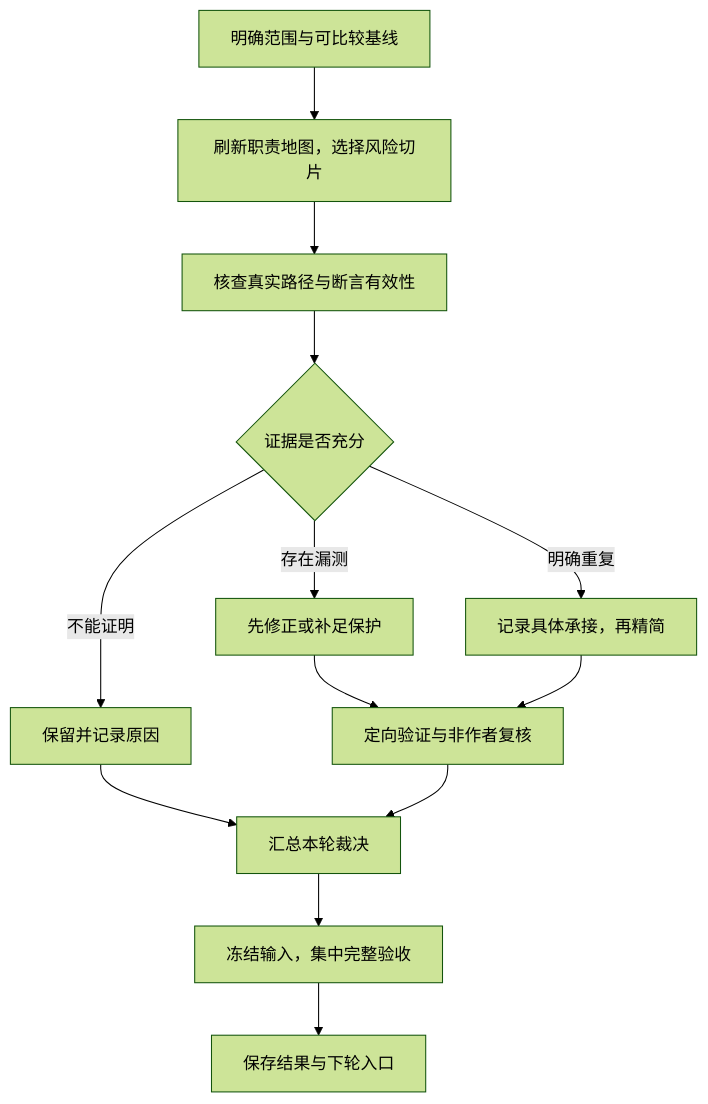
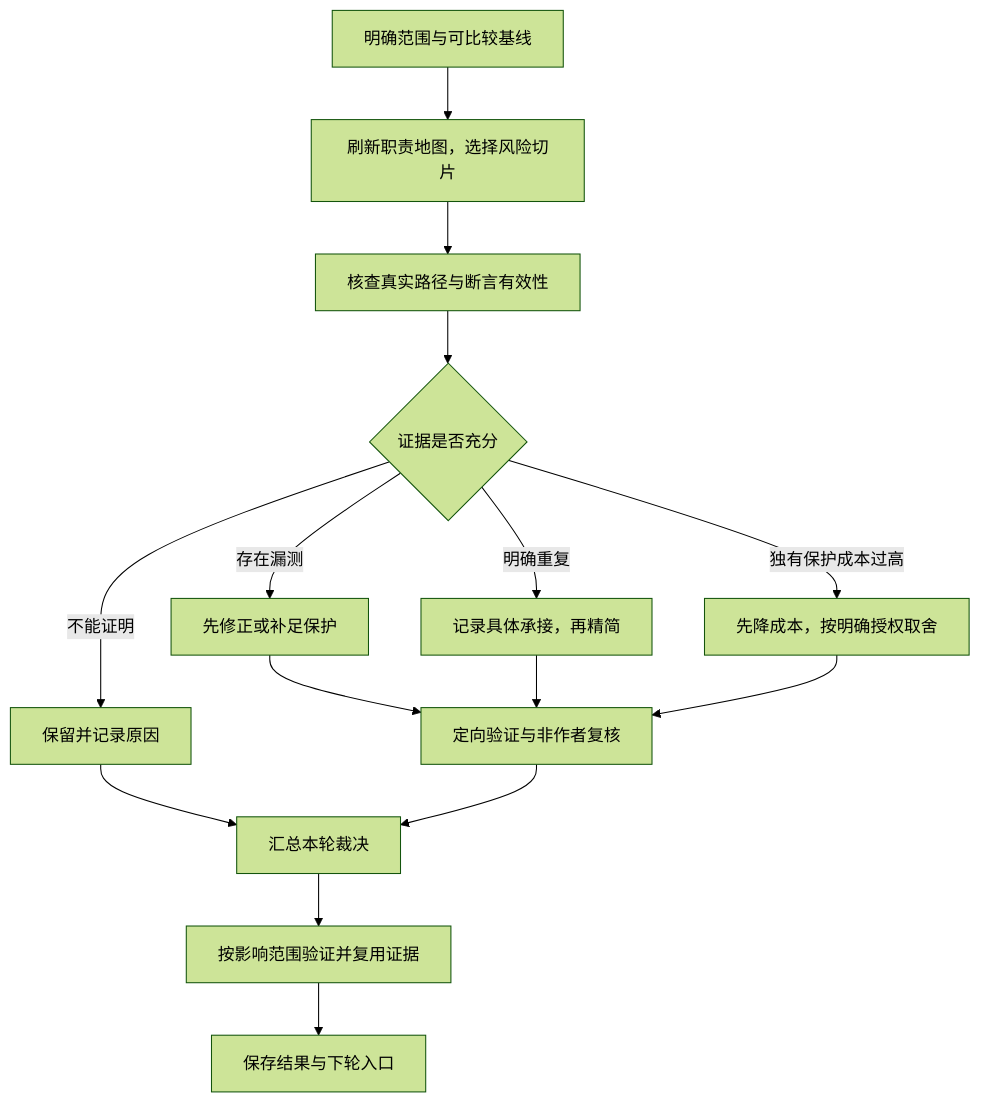
One commit to edonyzpc/personal-assistant changed the diagram in docs/development/workflows/test-optimization-workflow.md. Above: the diagram before and after it, drawn with Mermaid (forest theme). The commit also changed other lines of this file and 18 other files, not shown here.

````diff
--- a/docs/development/workflows/test-optimization-workflow.md
+++ b/docs/development/workflows/test-optimization-workflow.md
@@ -34,15 +35,17 @@
 ```mermaid
 flowchart TD
   A[明确范围与可比较基线] --> B[刷新职责地图，选择风险切片]
   B --> C[核查真实路径与断言有效性]
   C --> D{证据是否充分}
   D -->|存在漏测| E[先修正或补足保护]
   D -->|明确重复| F[记录具体承接，再精简]
+  D -->|独有保护成本过高| L[先降成本，按明确授权取舍]
   D -->|不能证明| G[保留并记录原因]
   E --> H[定向验证与非作者复核]
   F --> H
+  L --> H
   G --> I[汇总本轮裁决]
   H --> I
-  I --> J[冻结输入，集中完整验收]
+  I --> J[按影响范围验证并复用证据]
   J --> K[保存结果与下轮入口]
 ```
````
